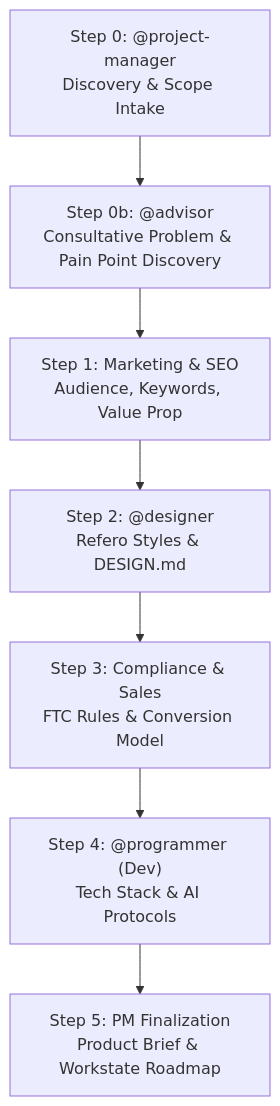
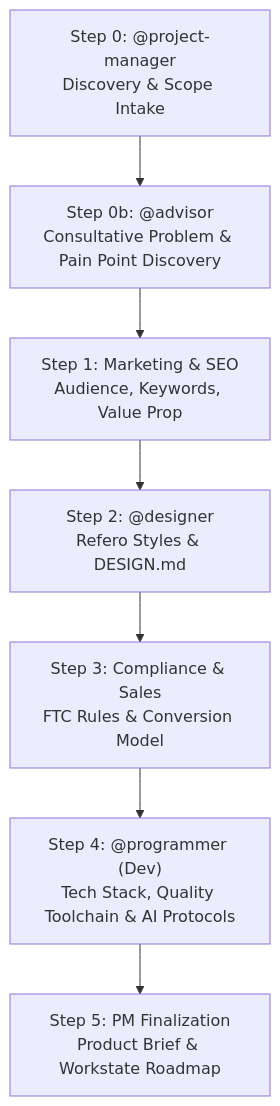
Before and after one commit to wedigcode/workforces: the diagram in skills/site-setup/SKILL.md, drawn with Mermaid. The commit also changed other lines of this file and 131 other files, not shown here.

````diff
--- a/skills/site-setup/SKILL.md
+++ b/skills/site-setup/SKILL.md
@@ -16,9 +17,9 @@
 ```mermaid
 graph TD
     A["Step 0: @project-manager<br/>Discovery & Scope Intake"] --> A2["Step 0b: @advisor<br/>Consultative Problem & Pain Point Discovery"]
     A2 --> B["Step 1: Marketing & SEO<br/>Audience, Keywords, Value Prop"]
     B --> C["Step 2: @designer<br/>Refero Styles & DESIGN.md"]
     C --> D["Step 3: Compliance & Sales<br/>FTC Rules & Conversion Model"]
-    D --> E["Step 4: @programmer (Dev)<br/>Tech Stack & AI Protocols"]
+    D --> E["Step 4: @programmer (Dev)<br/>Tech Stack, Quality Toolchain & AI Protocols"]
     E --> F["Step 5: PM Finalization<br/>Product Brief & Workstate Roadmap"]
 ```
````
